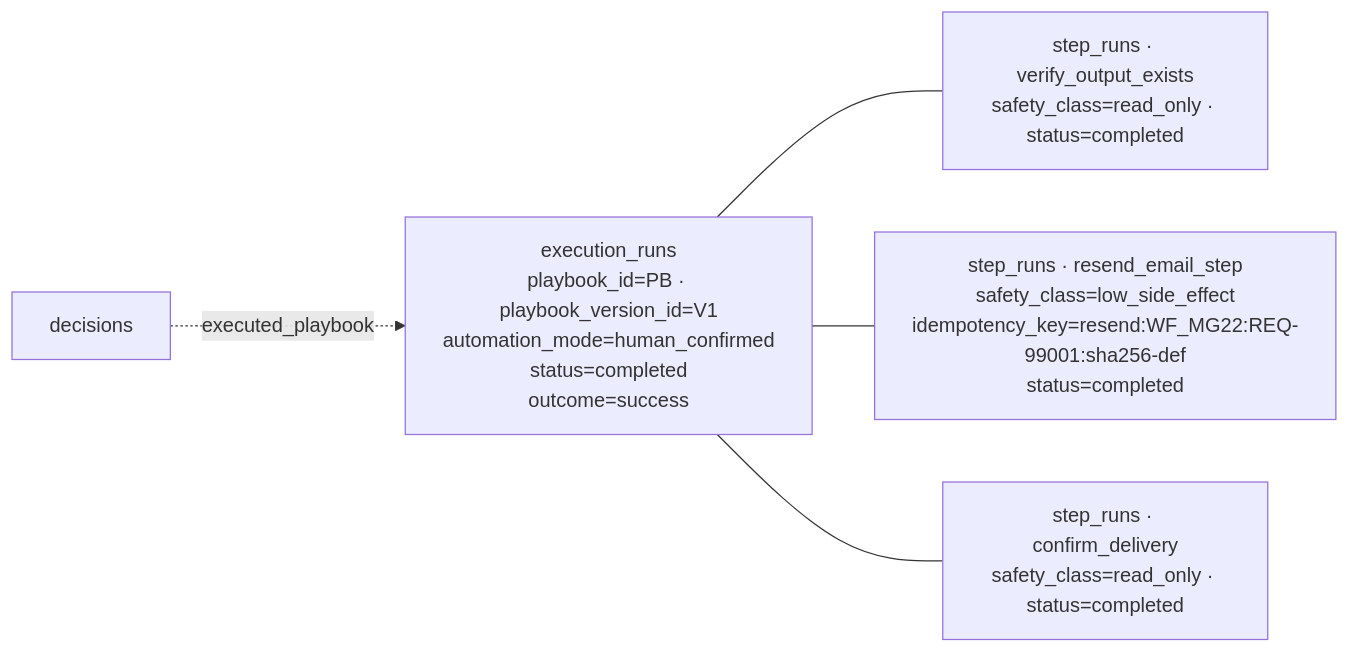
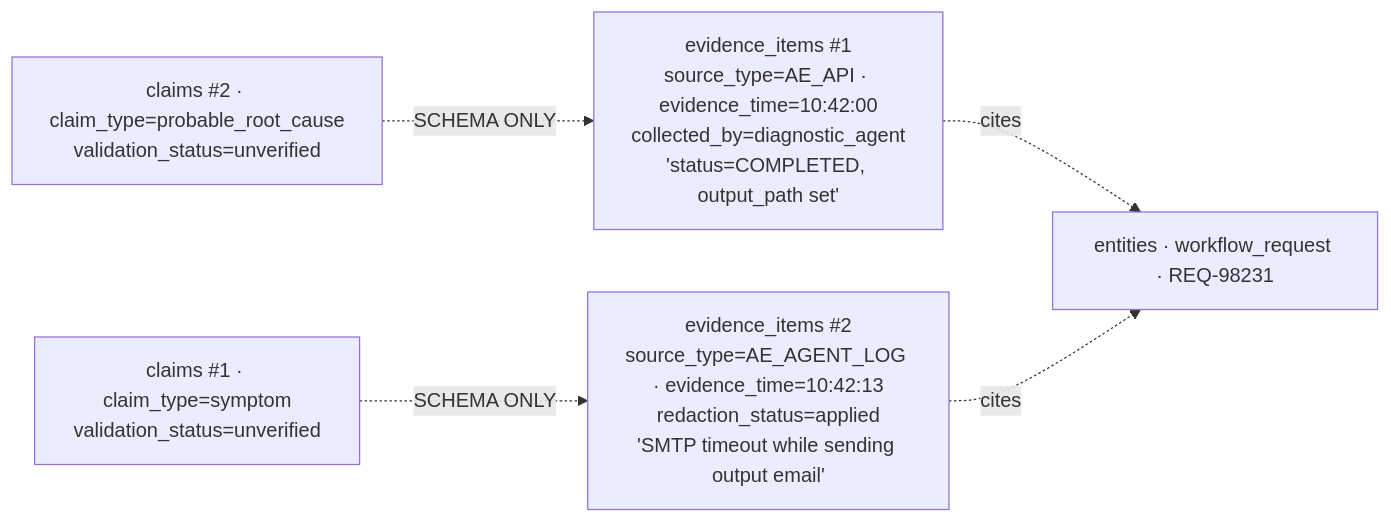
Before and after one commit to Valuedx/ContextEdge: diagram 20 of 22 in docs/CONTEXT_GRAPH_WALKTHROUGH.md, drawn with Mermaid. The commit also changed other lines of this file and 48 other files, not shown here.

````diff
--- a/docs/CONTEXT_GRAPH_WALKTHROUGH.md
+++ b/docs/CONTEXT_GRAPH_WALKTHROUGH.md
@@ -516,13 +631,12 @@
 ```mermaid
 graph LR
-  D[decisions]
-  ER[execution_runs<br/>playbook_id=PB · playbook_version_id=V1<br/>automation_mode=human_confirmed<br/>status=completed<br/>outcome=success]
-  S1[step_runs · verify_output_exists<br/>safety_class=read_only · status=completed]
-  S2[step_runs · resend_email_step<br/>safety_class=low_side_effect<br/>idempotency_key=resend#58;WF_MG22#58;REQ-99001#58;sha256-def<br/>status=completed]
-  S3[step_runs · confirm_delivery<br/>safety_class=read_only · status=completed]
+  EV1[evidence_items #1<br/>source_type=AE_API · evidence_time=10#58;42#58;00<br/>collected_by=diagnostic_agent<br/>'status=COMPLETED, output_path set']
+  EV2[evidence_items #2<br/>source_type=AE_AGENT_LOG · evidence_time=10#58;42#58;13<br/>redaction_status=applied<br/>'SMTP timeout while sending output email']
+  C1[claims #1 · claim_type=symptom<br/>validation_status=unverified]
+  C2[claims #2 · claim_type=probable_root_cause<br/>validation_status=unverified]
 
-  ER --- S1
-  ER --- S2
-  ER --- S3
-  D -. executed_playbook .-> ER
+  EV1 -. cites .-> REQ[entities · workflow_request · REQ-98231]
+  EV2 -. cites .-> REQ
+  C1 -. SCHEMA ONLY .-> EV2
+  C2 -. SCHEMA ONLY .-> EV1
 ```
````
